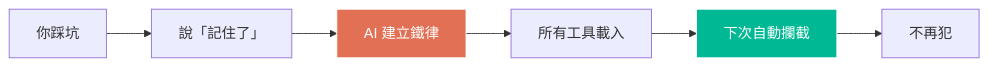
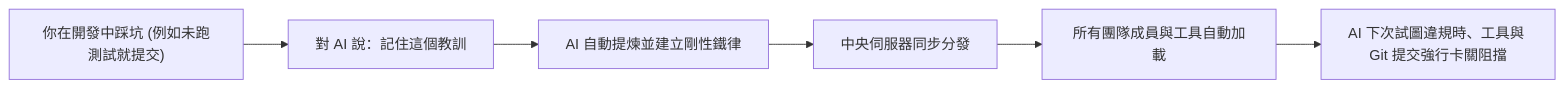
One commit to miou1107/ownmind changed the diagram in docs/README.zh-TW.md. Above: the diagram before and after it, drawn with Mermaid. The commit also changed other lines of this file and 2 other files, not shown here.

````diff
--- a/docs/README.zh-TW.md
+++ b/docs/README.zh-TW.md
@@ -84,11 +72,8 @@
 ```mermaid
 graph LR
-    A["你踩坑"] --> B["說「記住了」"]
-    B --> C["AI 建立鐵律"]
-    C --> D["所有工具載入"]
-    D --> E["下次自動攔截"]
-    E --> F["不再犯"]
-
-    style C fill:#E17055,stroke:#fff,color:#fff
-    style E fill:#00B894,stroke:#fff,color:#fff
+    A["你在開發中踩坑 (例如未跑測試就提交)"] --> B["對 AI 說：記住這個教訓"]
+    B --> C["AI 自動提煉並建立剛性鐵律"]
+    C --> D["中央伺服器同步分發"]
+    D --> E["所有團隊成員與工具自動加載"]
+    E --> F["AI 下次試圖違規時、工具與 Git 提交強行卡關阻擋"]
 ```
````
